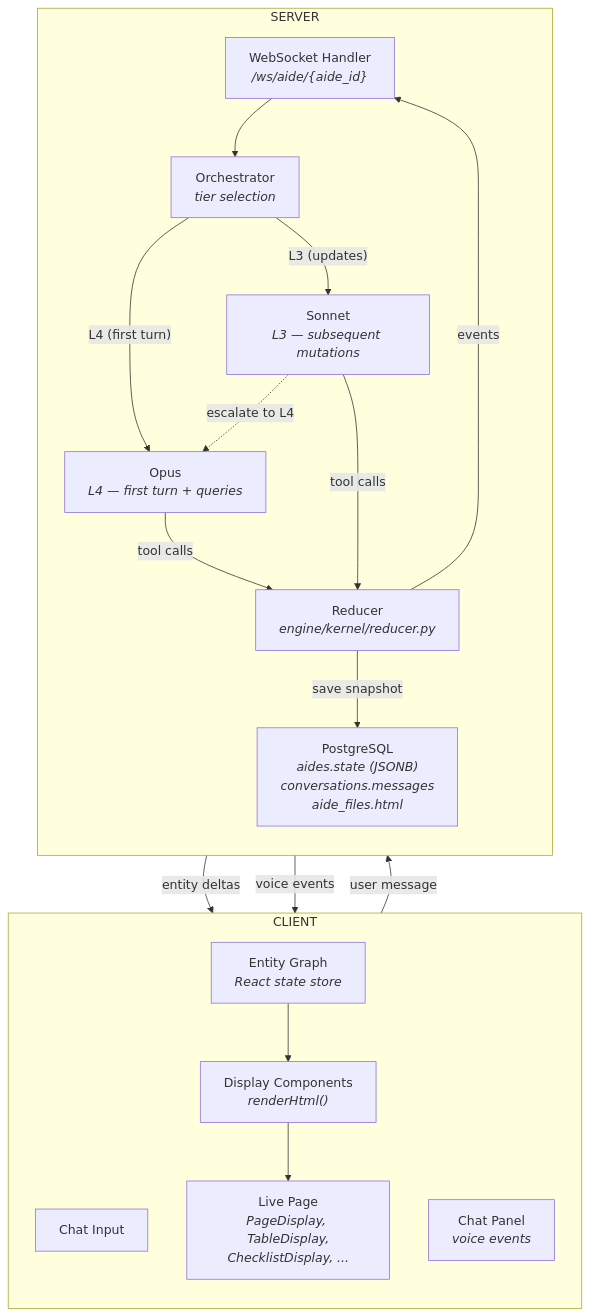
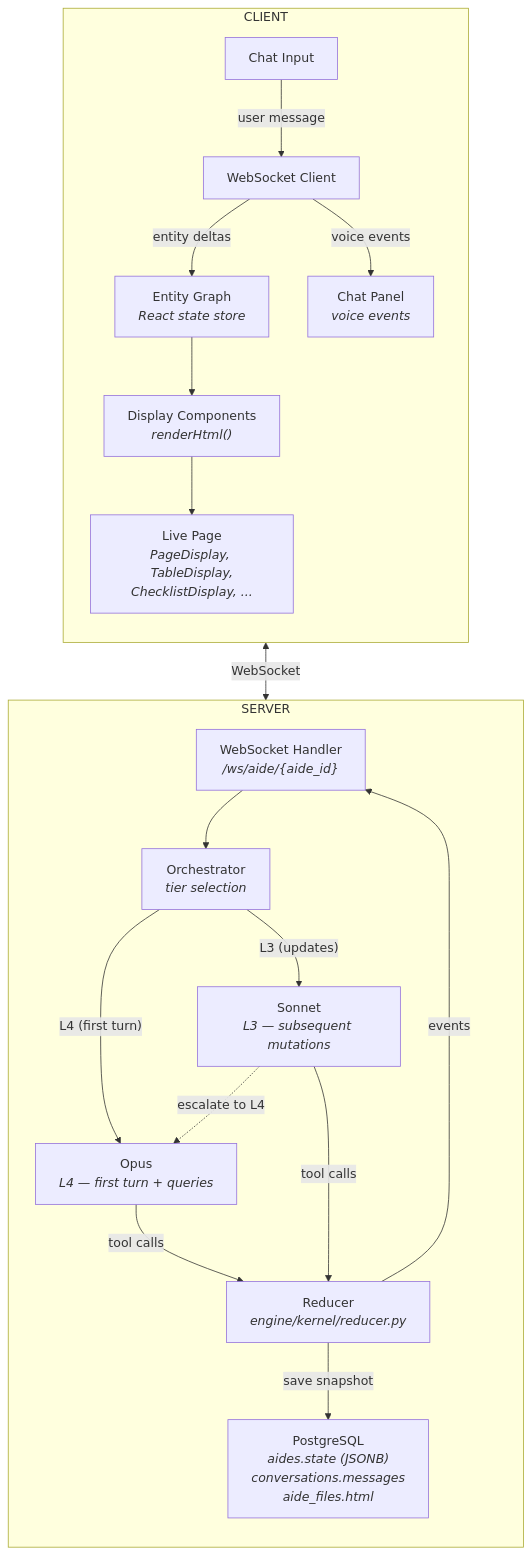
The diagram in docs/eng_design/00_overview.md (zcancio/aide), drawn with Mermaid before and after one commit. The commit also changed other lines of this file and 5 other files, not shown here.

First line of the commit message:
docs: show both sides of WebSocket (client + server)

````diff
--- a/docs/eng_design/00_overview.md
+++ b/docs/eng_design/00_overview.md
@@ -129,41 +129,43 @@
 ```mermaid
 graph TD
     subgraph CLIENT["CLIENT"]
         direction TB
         INPUT["Chat Input"]
+        WS_CLIENT["WebSocket Client"]
         CHAT["Chat Panel<br/><i>voice events</i>"]
         GRAPH["Entity Graph<br/><i>React state store</i>"]
         RENDERER["Display Components<br/><i>renderHtml()</i>"]
         PAGE["Live Page<br/><i>PageDisplay, TableDisplay,<br/>ChecklistDisplay, ...</i>"]
 
+        INPUT -->|"user message"| WS_CLIENT
+        WS_CLIENT -->|"entity deltas"| GRAPH
+        WS_CLIENT -->|"voice events"| CHAT
         GRAPH --> RENDERER
         RENDERER --> PAGE
     end
 
     subgraph SERVER["SERVER"]
         direction TB
-        WS["WebSocket Handler<br/><i>/ws/aide/{aide_id}</i>"]
+        WS_SERVER["WebSocket Handler<br/><i>/ws/aide/{aide_id}</i>"]
         ORCH["Orchestrator<br/><i>tier selection</i>"]
 
         OPUS["Opus<br/><i>L4 — first turn + queries</i>"]
         SONNET["Sonnet<br/><i>L3 — subsequent mutations</i>"]
 
         REDUCER["Reducer<br/><i>engine/kernel/reducer.py</i>"]
         DB["PostgreSQL<br/><i>aides.state (JSONB)<br/>conversations.messages<br/>aide_files.html</i>"]
 
-        WS --> ORCH
+        WS_SERVER --> ORCH
         ORCH -->|"L4 (first turn)"| OPUS
         ORCH -->|"L3 (updates)"| SONNET
 
         OPUS -->|"tool calls"| REDUCER
         SONNET -->|"tool calls"| REDUCER
         SONNET -.->|"escalate to L4"| OPUS
 
         REDUCER -->|"save snapshot"| DB
-        REDUCER -->|"events"| WS
+        REDUCER -->|"events"| WS_SERVER
     end
 
-    INPUT -->|"user message"| WS
-    WS -->|"entity deltas"| GRAPH
-    WS -->|"voice events"| CHAT
+    WS_CLIENT <-->|"WebSocket"| WS_SERVER
 ```
````
